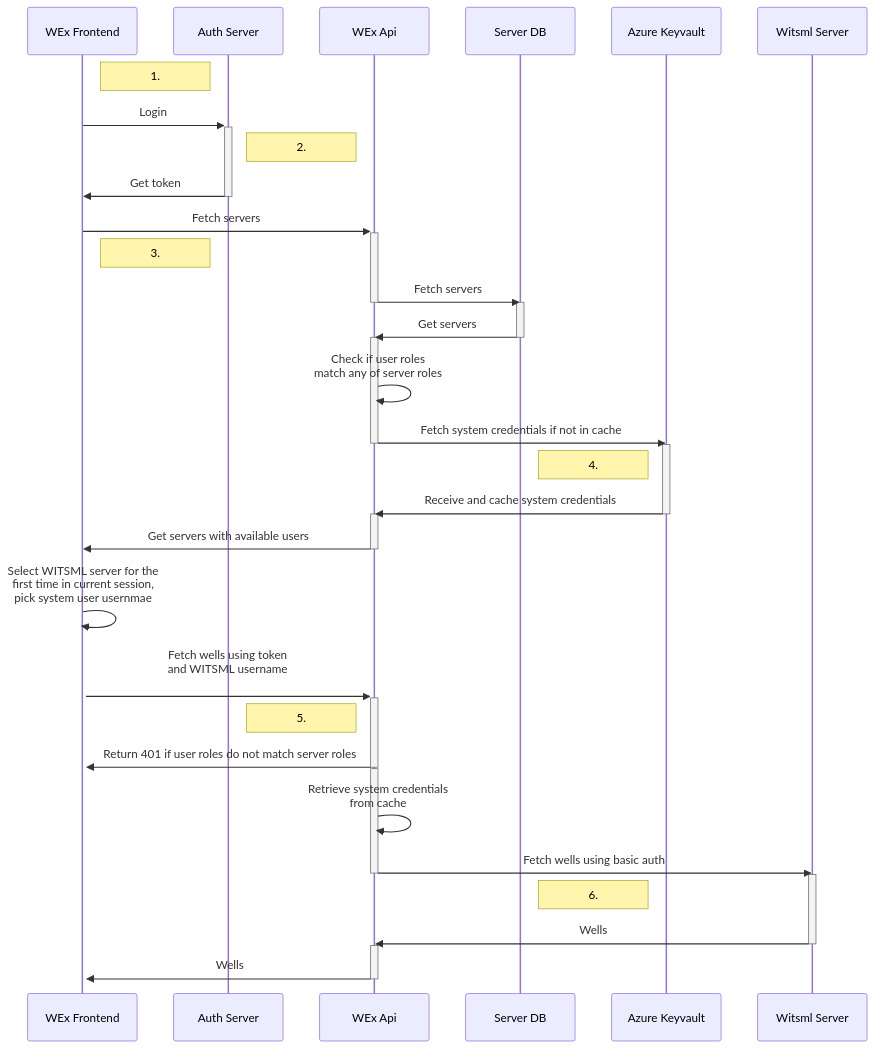
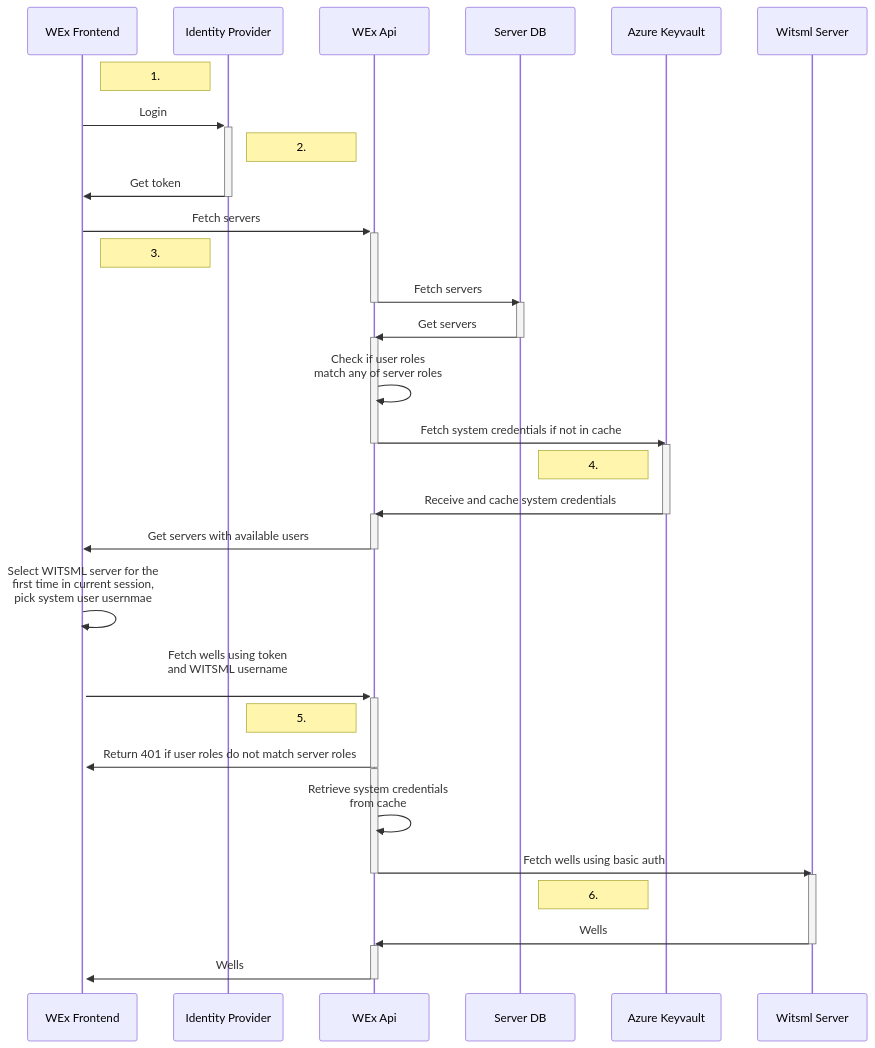
The first of 2 diagrams in Docs/OAUTH.md (equinor/witsml-explorer), drawn with Mermaid before and after one commit. The commit also changed other lines of this file and 2 other files, not shown here.

````diff
--- a/Docs/OAUTH.md
+++ b/Docs/OAUTH.md
@@ -96,32 +96,32 @@
 ```mermaid
 sequenceDiagram
     Note right of WEx Frontend: 1.
-    WEx Frontend->>+Auth Server: Login
-    Note right of Auth Server: 2.
-    Auth Server->>-WEx Frontend: Get token
+    WEx Frontend->>+Identity Provider: Login
+    Note right of Identity Provider: 2.
+    Identity Provider->>-WEx Frontend: Get token
     WEx Frontend->>+WEx Api: Fetch servers
     Note right of WEx Frontend: 3.
     WEx Api->>-Server DB: Fetch servers
     activate Server DB
     Server DB->>-WEx Api: Get servers   
     activate WEx Api
     WEx Api->>WEx Api: Check if user roles <br> match any of server roles
     WEx Api->>-Azure Keyvault: Fetch system credentials if not in cache 
     activate Azure Keyvault
     Note left of Azure Keyvault: 4.
     Azure Keyvault->>-WEx Api: Receive and cache system credentials
     activate WEx Api
     WEx Api->>-WEx Frontend: Get servers with available users  
     WEx Frontend->>+WEx Frontend: Select WITSML server for the <br> first time in current session,<br> pick system user usernmae
     WEx Frontend->>+WEx Api: Fetch wells using token<br>and WITSML username<br>  
     Note left of WEx Api: 5.
     WEx Api->>-WEx Frontend: Return 401 if user roles do not match server roles   
     activate WEx Api
     WEx Api->>WEx Api: Retrieve system credentials <br> from cache
     WEx Api->>-Witsml Server: Fetch wells using basic auth
     activate Witsml Server
     Note left of Azure Keyvault: 6.
     Witsml Server->>-WEx Api: Wells
     activate WEx Api
     WEx Api->>-WEx Frontend: Wells
 ```
````
